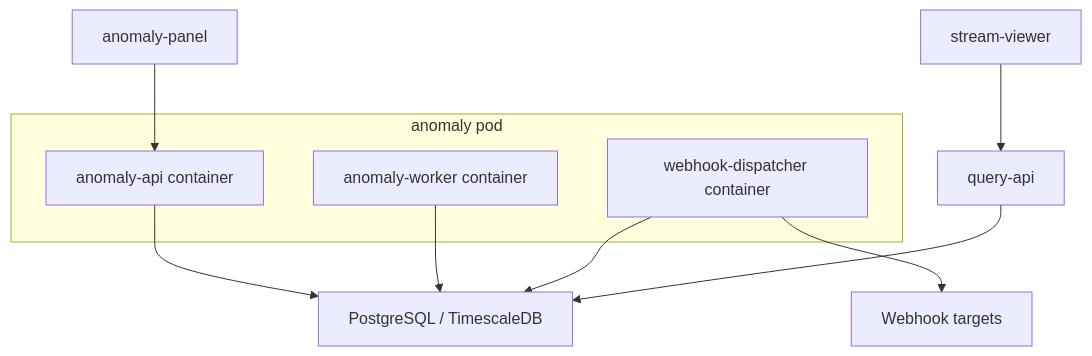
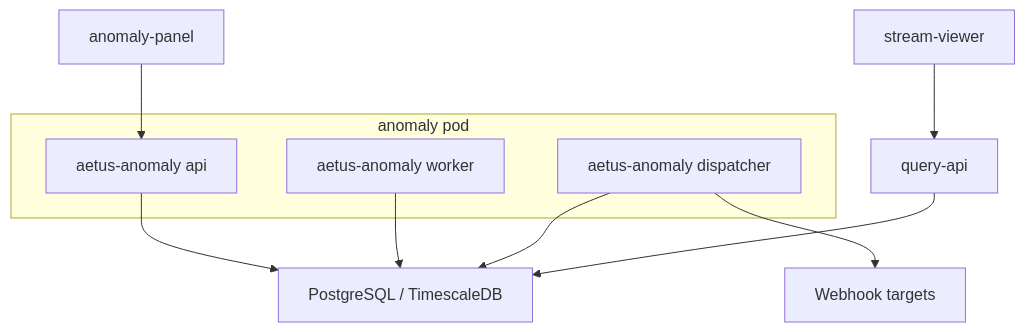
One commit to donghoonpark/aetus changed the first of 4 diagrams in docs/11-anomaly-detection-service.md. Above: the diagram before and after it, drawn with Mermaid. The commit also changed other lines of this file and 1 other file, not shown here.

Commit message:
Choose Rust for anomaly service

````diff
--- a/docs/11-anomaly-detection-service.md
+++ b/docs/11-anomaly-detection-service.md
@@ -27,17 +28,17 @@
 ```mermaid
 flowchart TB
     subgraph Pod["anomaly pod"]
-        API["anomaly-api container"]
-        Worker["anomaly-worker container"]
-        Dispatcher["webhook-dispatcher container"]
+        API["aetus-anomaly api"]
+        Worker["aetus-anomaly worker"]
+        Dispatcher["aetus-anomaly dispatcher"]
     end
 
     API --> DB["PostgreSQL / TimescaleDB"]
     Worker --> DB
     Dispatcher --> DB
     Dispatcher --> Target["Webhook targets"]
 
     Query["query-api"] --> DB
     Panel["anomaly-panel"] --> API
     Stream["stream-viewer"] --> Query
 ```
````
